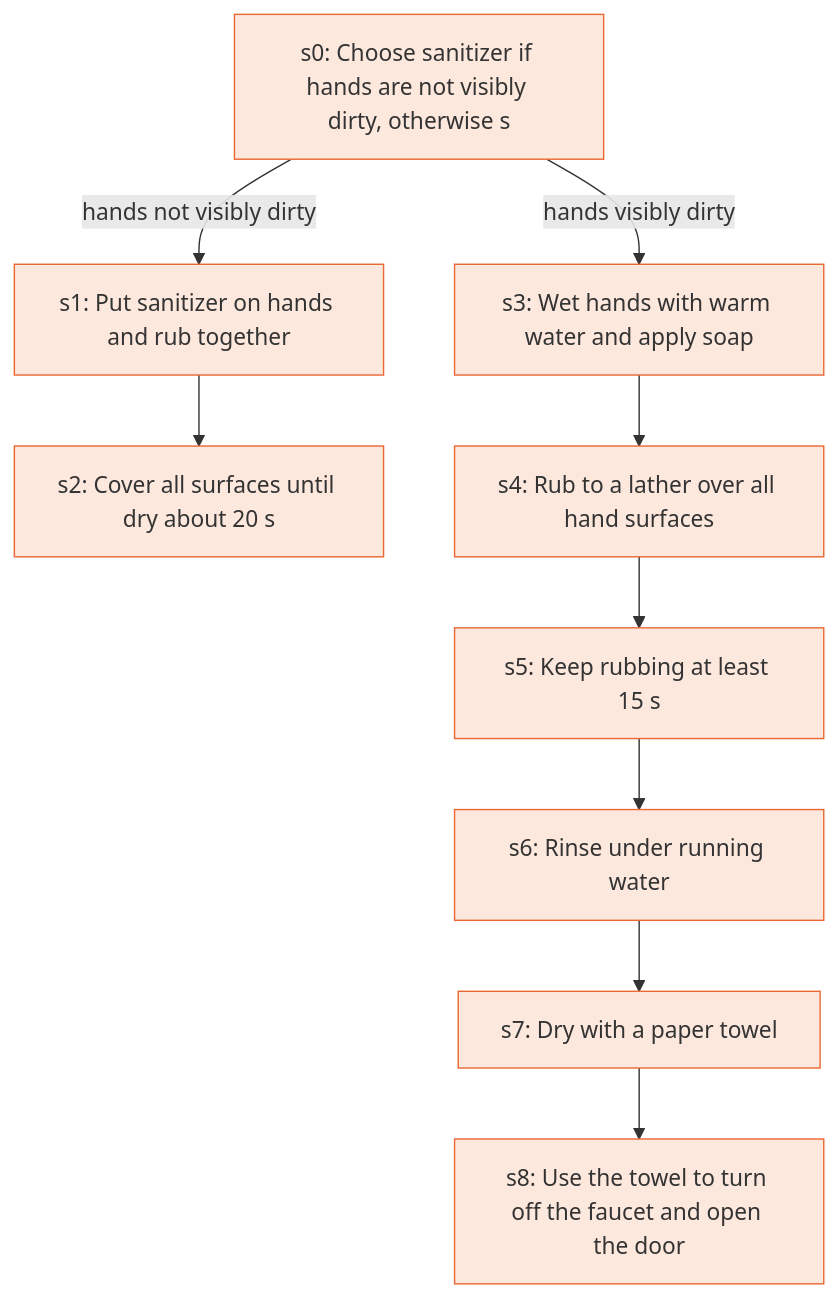
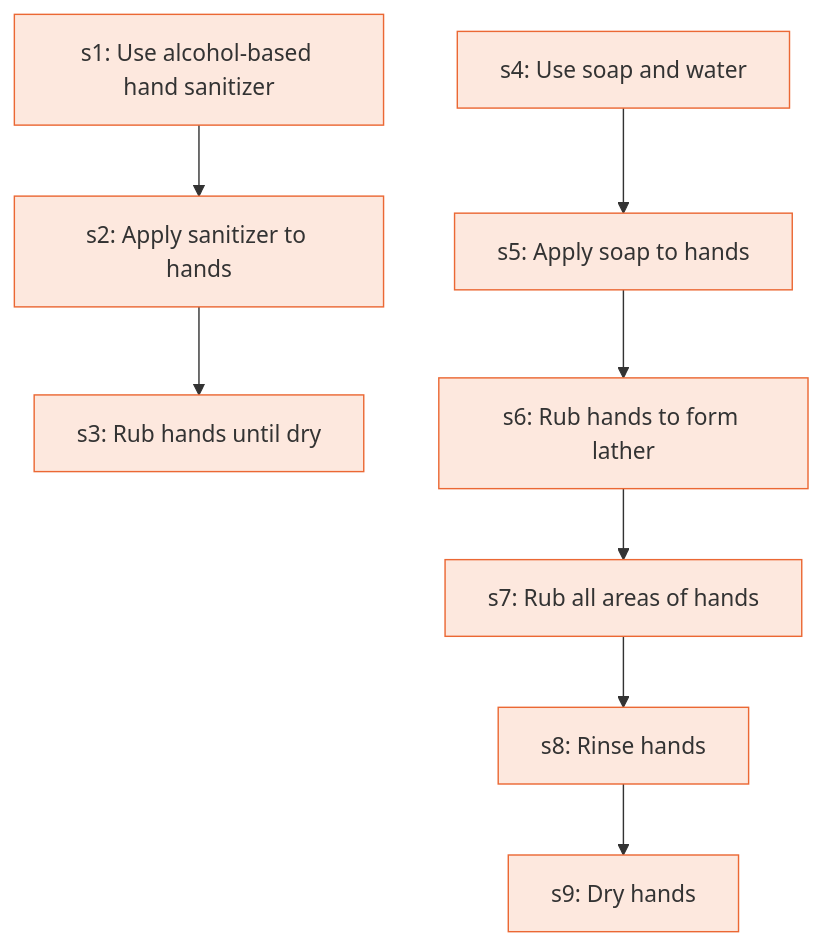
Before and after one commit to Jitesh-Mishra/sop-to-agent-workflows: the diagram in docs/runbooks/cdc_handwashing.md, drawn with Mermaid. The commit also changed other lines of this file and 172 other files, not shown here.

````diff
--- a/docs/runbooks/cdc_handwashing.md
+++ b/docs/runbooks/cdc_handwashing.md
@@ -7,23 +7,22 @@
 ```mermaid
 flowchart TD
-  s0["s0: Choose sanitizer if hands are not visibly dirty, otherwise s"]
-  s1["s1: Put sanitizer on hands and rub together"]
-  s2["s2: Cover all surfaces until dry about 20 s"]
-  s3["s3: Wet hands with warm water and apply soap"]
-  s4["s4: Rub to a lather over all hand surfaces"]
-  s5["s5: Keep rubbing at least 15 s"]
-  s6["s6: Rinse under running water"]
-  s7["s7: Dry with a paper towel"]
-  s8["s8: Use the towel to turn off the faucet and open the door"]
-  s0 -->|hands not visibly dirty| s1
+  s1["s1: Use alcohol-based hand sanitizer"]
+  s2["s2: Apply sanitizer to hands"]
+  s3["s3: Rub hands until dry"]
+  s4["s4: Use soap and water"]
+  s5["s5: Apply soap to hands"]
+  s6["s6: Rub hands to form lather"]
+  s7["s7: Rub all areas of hands"]
+  s8["s8: Rinse hands"]
+  s9["s9: Dry hands"]
   s1 --> s2
-  s0 -->|hands visibly dirty| s3
-  s3 --> s4
+  s2 --> s3
   s4 --> s5
   s5 --> s6
   s6 --> s7
   s7 --> s8
+  s8 --> s9
   classDef agent fill:#e3eefb,stroke:#2a78d6
   classDef human fill:#fde8de,stroke:#eb6834
-  class s0,s1,s2,s3,s4,s5,s6,s7,s8 human
+  class s1,s2,s3,s4,s5,s6,s7,s8,s9 human
 ```
````
